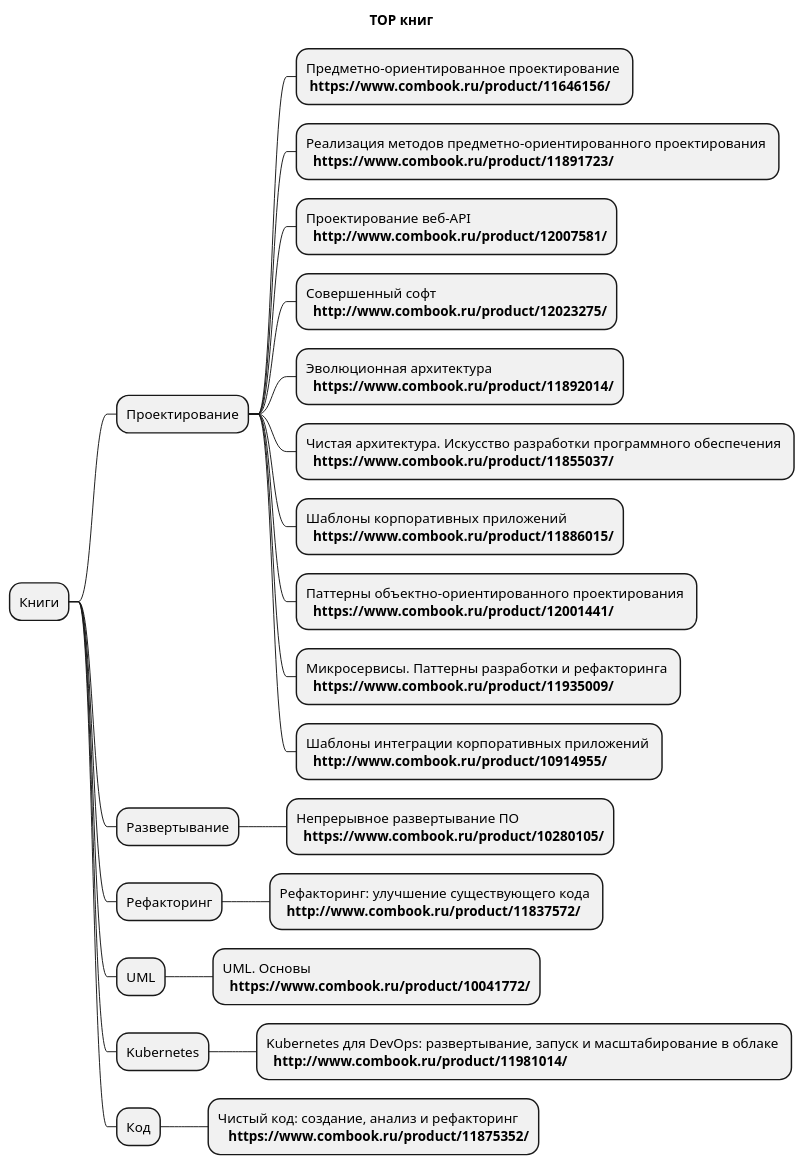
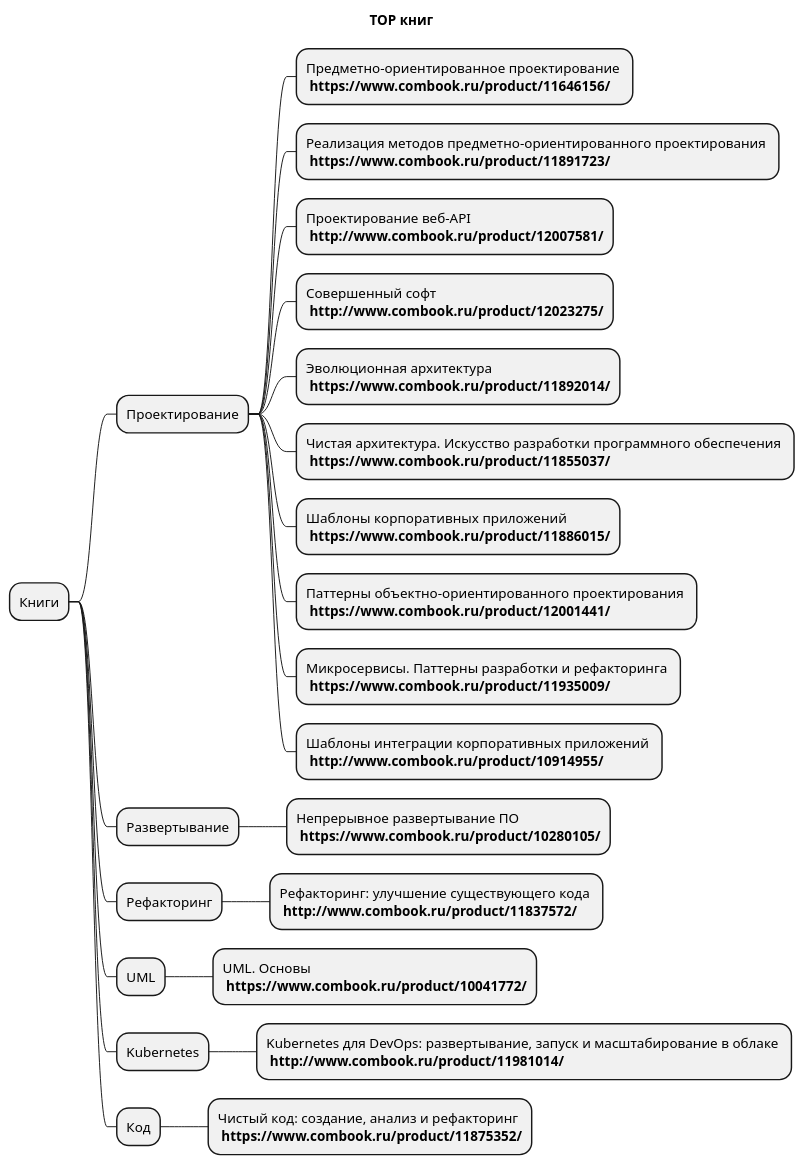
Before and after one commit to ezhov-da/DDD: the diagram in TOP книг.puml, drawn with PlantUML.

Commit message:
Update TOP книг.puml

```diff
--- a/TOP книг.puml
+++ b/TOP книг.puml
@@ -1,30 +1,30 @@
 @startmindmap
 title TOP книг 
 * Книги
 ** Проектирование
 *** Предметно-ориентированное проектирование \n <b>https://www.combook.ru/product/11646156/</b>
-*** Реализация методов предметно-ориентированного проектирования \n <b> https://www.combook.ru/product/11891723/</b>
-*** Проектирование веб-API \n <b> http://www.combook.ru/product/12007581/</b>
-*** Совершенный софт \n <b> http://www.combook.ru/product/12023275/</b>
-*** Эволюционная архитектура \n <b> https://www.combook.ru/product/11892014/</b>
-*** Чистая архитектура. Искусство разработки программного обеспечения \n <b> https://www.combook.ru/product/11855037/</b>
-*** Шаблоны корпоративных приложений \n <b> https://www.combook.ru/product/11886015/</b>
-*** Паттерны объектно-ориентированного проектирования \n <b> https://www.combook.ru/product/12001441/</b>
-*** Микросервисы. Паттерны разработки и рефакторинга \n <b> https://www.combook.ru/product/11935009/</b>
-*** Шаблоны интеграции корпоративных приложений \n <b> http://www.combook.ru/product/10914955/</b>
+*** Реализация методов предметно-ориентированного проектирования \n <b>https://www.combook.ru/product/11891723/</b>
+*** Проектирование веб-API \n <b>http://www.combook.ru/product/12007581/</b>
+*** Совершенный софт \n <b>http://www.combook.ru/product/12023275/</b>
+*** Эволюционная архитектура \n <b>https://www.combook.ru/product/11892014/</b>
+*** Чистая архитектура. Искусство разработки программного обеспечения \n <b>https://www.combook.ru/product/11855037/</b>
+*** Шаблоны корпоративных приложений \n <b>https://www.combook.ru/product/11886015/</b>
+*** Паттерны объектно-ориентированного проектирования \n <b>https://www.combook.ru/product/12001441/</b>
+*** Микросервисы. Паттерны разработки и рефакторинга \n <b>https://www.combook.ru/product/11935009/</b>
+*** Шаблоны интеграции корпоративных приложений \n <b>http://www.combook.ru/product/10914955/</b>
 
 ** Развертывание
-*** Непрерывное развертывание ПО \n <b> https://www.combook.ru/product/10280105/</b>
+*** Непрерывное развертывание ПО \n <b>https://www.combook.ru/product/10280105/</b>
 
 ** Рефакторинг
-*** Рефакторинг: улучшение существующего кода \n <b> http://www.combook.ru/product/11837572/</b>
+*** Рефакторинг: улучшение существующего кода \n <b>http://www.combook.ru/product/11837572/</b>
 
 ** UML
-*** UML. Основы \n <b> https://www.combook.ru/product/10041772/</b>
+*** UML. Основы \n <b>https://www.combook.ru/product/10041772/</b>
 
 ** Kubernetes
-*** Kubernetes для DevOps: развертывание, запуск и масштабирование в облаке \n <b> http://www.combook.ru/product/11981014/</b>
+*** Kubernetes для DevOps: развертывание, запуск и масштабирование в облаке \n <b>http://www.combook.ru/product/11981014/</b>
 
 ** Код
-*** Чистый код: создание, анализ и рефакторинг \n <b>  https://www.combook.ru/product/11875352/</b>
+*** Чистый код: создание, анализ и рефакторинг \n <b>https://www.combook.ru/product/11875352/</b>
 @endmindmap
```
